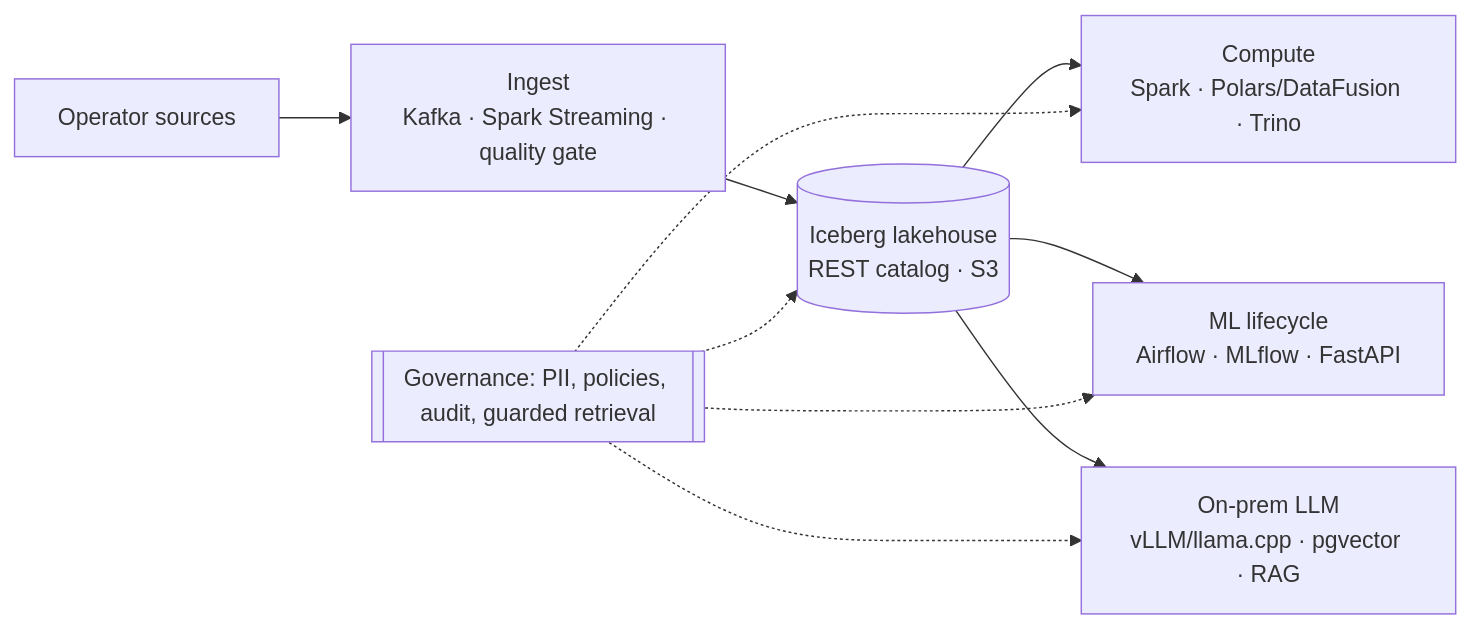
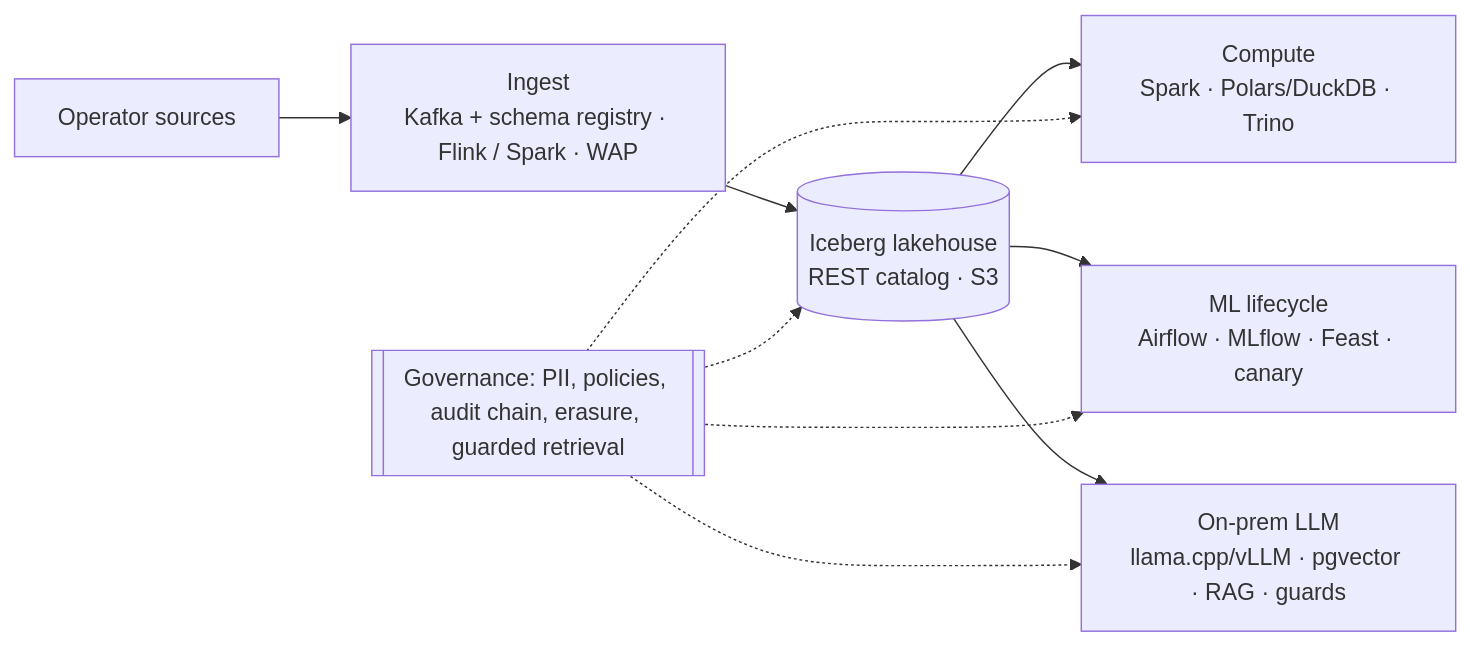
Before and after one commit to masterfabric/masterfabric-data-architecture-adr: the first of 2 diagrams in README.md, drawn with Mermaid. The commit also changed other lines of this file, not shown here.

First line of the commit message:
docs(readme): 12 ADRs, 82 verified numbers, C4 views, cost section with figure, champion v5

````diff
--- a/README.md
+++ b/README.md
@@ -25,9 +26,9 @@
 ```mermaid
 flowchart LR
-  SRC[Operator sources] --> ING[Ingest<br/>Kafka · Spark Streaming · quality gate]
+  SRC[Operator sources] --> ING[Ingest<br/>Kafka + schema registry · Flink / Spark · WAP]
   ING --> LH[(Iceberg lakehouse<br/>REST catalog · S3)]
-  LH --> CMP[Compute<br/>Spark · Polars/DataFusion · Trino]
-  LH --> ML[ML lifecycle<br/>Airflow · MLflow · FastAPI]
-  LH --> LLM[On-prem LLM<br/>vLLM/llama.cpp · pgvector · RAG]
-  GOV[[Governance: PII, policies, audit, guarded retrieval]] -.-> LH & CMP & ML & LLM
+  LH --> CMP[Compute<br/>Spark · Polars/DuckDB · Trino]
+  LH --> ML[ML lifecycle<br/>Airflow · MLflow · Feast · canary]
+  LH --> LLM[On-prem LLM<br/>llama.cpp/vLLM · pgvector · RAG · guards]
+  GOV[[Governance: PII, policies, audit chain, erasure, guarded retrieval]] -.-> LH & CMP & ML & LLM
 ```
````
